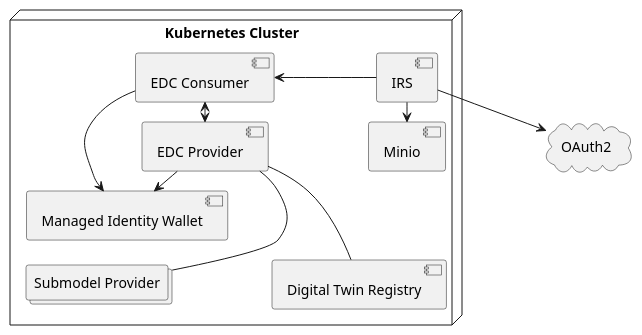
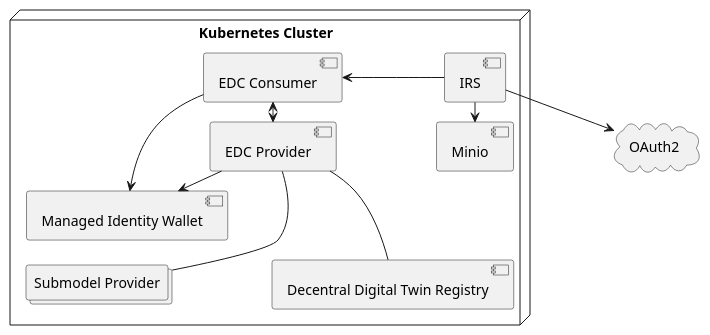
Before and after one commit to eclipse-tractusx/item-relationship-service: the diagram in docs/src/uml-diagrams/deployment-view/level-0-dev.puml, drawn with PlantUML.

Commit message:
docs(arc42):[#209] Update deployment view level 0

```diff
--- a/docs/src/uml-diagrams/deployment-view/level-0-dev.puml
+++ b/docs/src/uml-diagrams/deployment-view/level-0-dev.puml
@@ -1,33 +1,33 @@
 @startuml
 skinparam monochrome true
 skinparam shadowing false
 skinparam nodesep 100
 skinparam ranksep 20
 skinparam defaultFontName "Architects daughter"
 
 cloud OAuth2
 
 node "Kubernetes Cluster" as k8s {
 
     component IRS
     component Minio
-    component "Digital Twin Registry" as dtr
+    component "Decentral Digital Twin Registry" as dtr
     component "EDC Consumer" as consumer
     component "EDC Provider" as provider
     component "Managed Identity Wallet" as miw
     collections "Submodel Provider" as submodel
 
 
     IRS --> Minio
     IRS -> consumer
     consumer --> miw
     provider --> miw
     consumer <--> provider
     provider --- submodel
     provider --- dtr
 
 }
 
 IRS --> OAuth2
 
 @enduml
```
